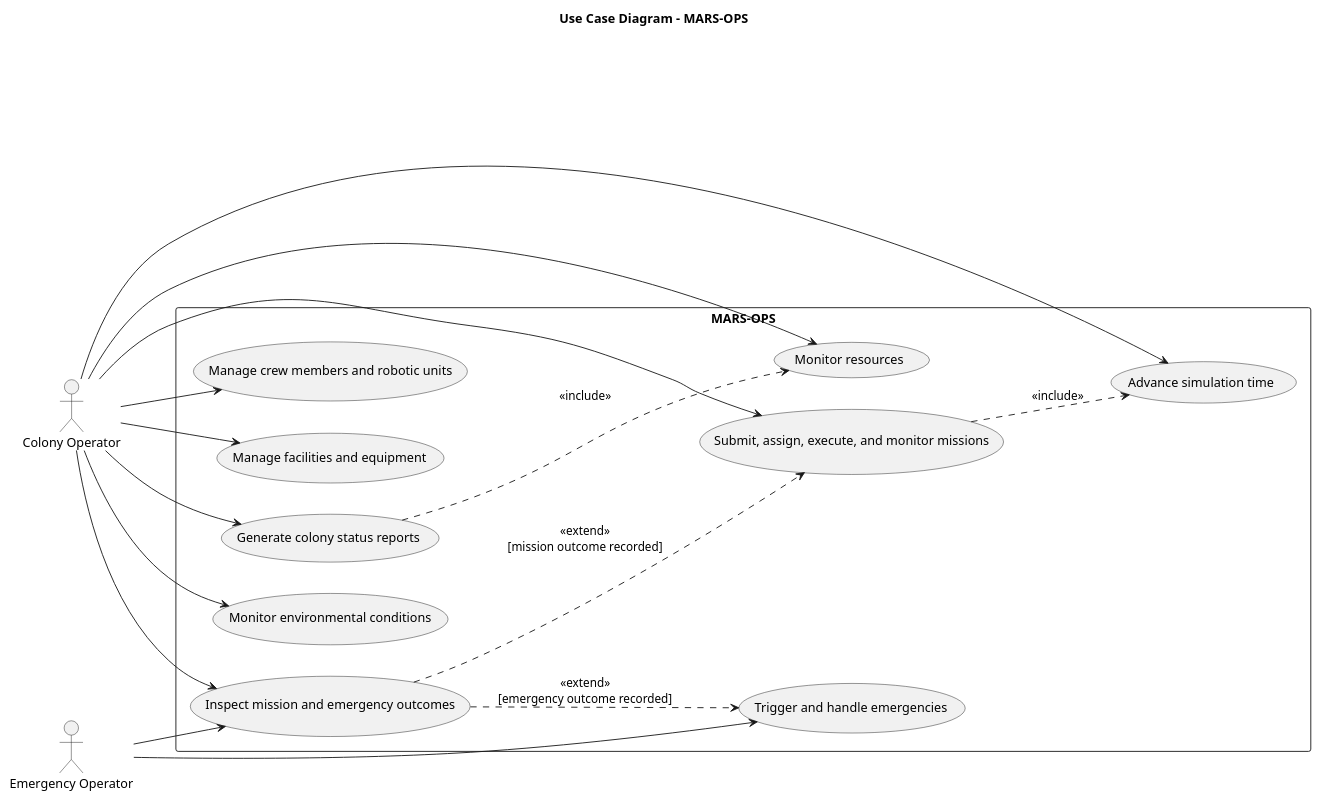
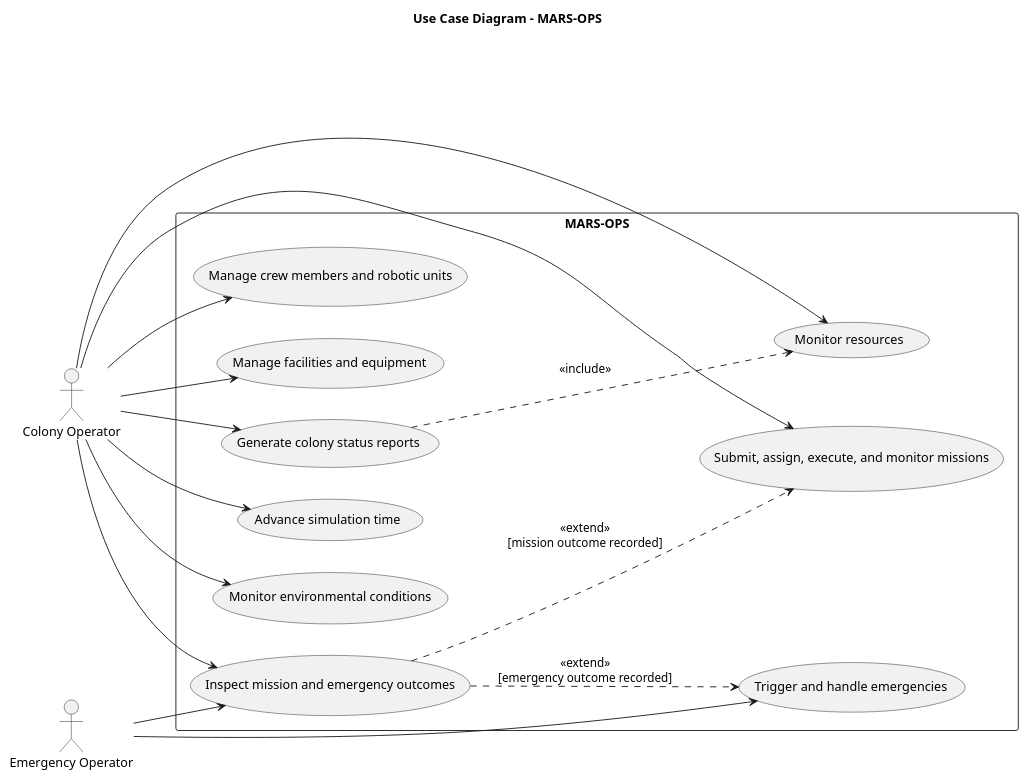
The diagram in docs/use_case_diagram.puml (Toqa-Elsaqqa/MarsColony), drawn with PlantUML before and after one commit. The commit also changed 67 other files, not shown here.

```diff
--- a/docs/use_case_diagram.puml
+++ b/docs/use_case_diagram.puml
@@ -1,36 +1,35 @@
 @startuml use_case_diagram
 title Use Case Diagram - MARS-OPS
 left to right direction
 skinparam packageStyle rectangle
 
 actor "Colony Operator" as CO
 actor "Emergency Operator" as EO
 
 rectangle "MARS-OPS" {
     usecase "Manage crew members and robotic units" as UC1
     usecase "Manage facilities and equipment" as UC2
     usecase "Monitor resources" as UC3
     usecase "Generate colony status reports" as UC4
     usecase "Submit, assign, execute, and monitor missions" as UC5
     usecase "Advance simulation time" as UC6
     usecase "Monitor environmental conditions" as UC7
     usecase "Trigger and handle emergencies" as UC8
     usecase "Inspect mission and emergency outcomes" as UC9
 }
 
 CO --> UC1
 CO --> UC2
 CO --> UC3
 CO --> UC4
 CO --> UC5
 CO --> UC6
 CO --> UC7
 CO --> UC9
 EO --> UC8
 EO --> UC9
 
 UC4 ..> UC3 : <<include>>
-UC5 ..> UC6 : <<include>>
 UC9 ..> UC5 : <<extend>>\n[mission outcome recorded]
 UC9 ..> UC8 : <<extend>>\n[emergency outcome recorded]
 @enduml
```
